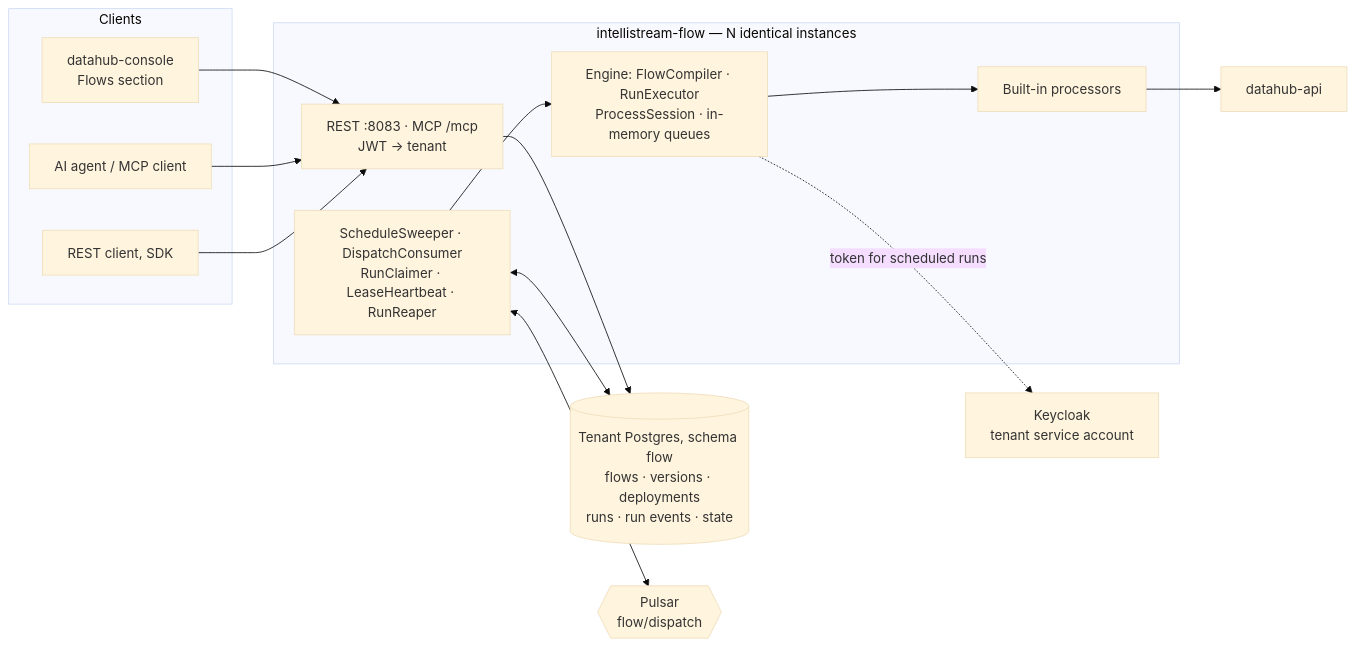
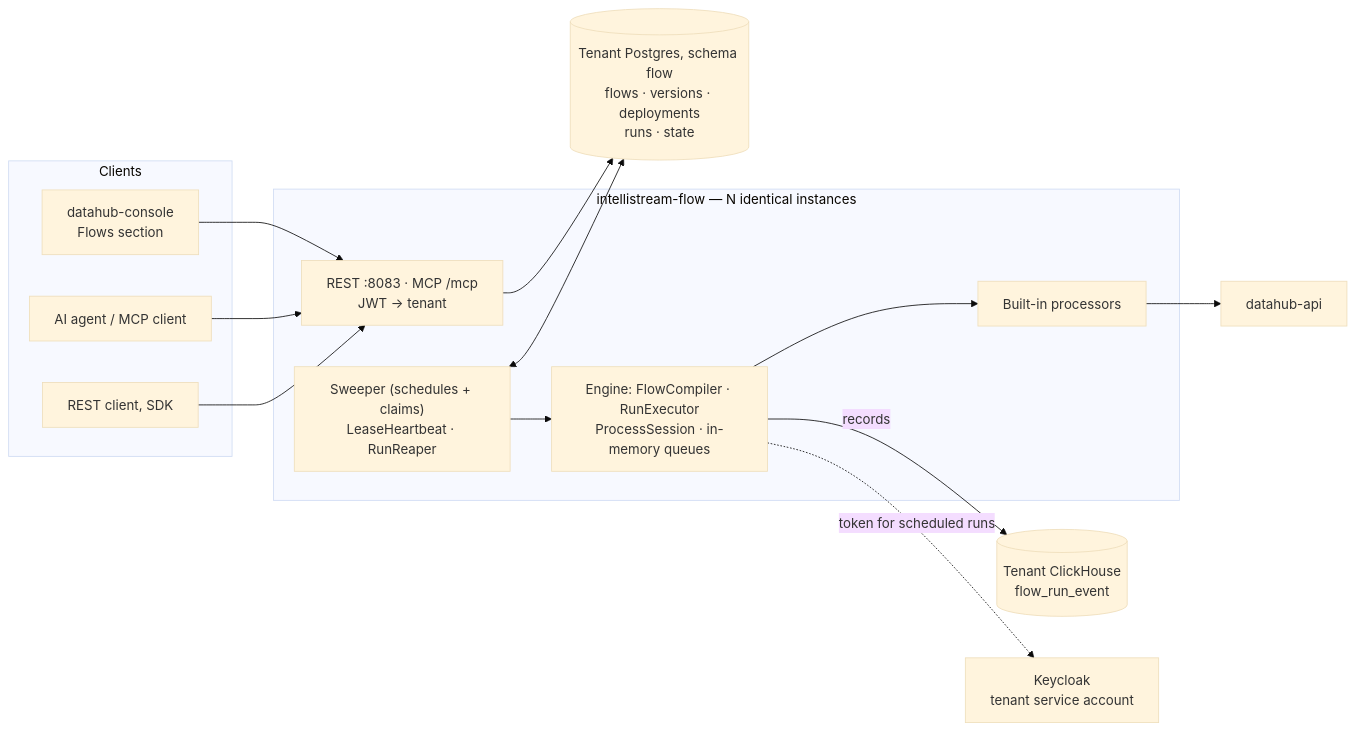
The diagram in INTELLISTREAM_FLOW_PLAN.md (IntelliStream-DataHub/datahub-platform), drawn with Mermaid (base theme) before and after one commit. The commit also changed other lines of this file, not shown here.

First line of the commit message:
docs(flow-plan): records in ClickHouse, dataset scoping, no Pulsar in v1

````diff
--- a/INTELLISTREAM_FLOW_PLAN.md
+++ b/INTELLISTREAM_FLOW_PLAN.md
@@ -137,27 +148,27 @@
 ```mermaid
 flowchart LR
   subgraph CLIENTS["Clients"]
     Console["datahub-console<br/>Flows section"]
     Agent["AI agent / MCP client"]
     Ext["REST client, SDK"]
   end
   subgraph FLOW["intellistream-flow — N identical instances"]
     API["REST :8083 · MCP /mcp<br/>JWT → tenant"]
-    DISP["ScheduleSweeper · DispatchConsumer<br/>RunClaimer · LeaseHeartbeat · RunReaper"]
+    DISP["Sweeper (schedules + claims)<br/>LeaseHeartbeat · RunReaper"]
     ENG["Engine: FlowCompiler · RunExecutor<br/>ProcessSession · in-memory queues"]
     PROC["Built-in processors"]
   end
-  PG[("Tenant Postgres, schema flow<br/>flows · versions · deployments<br/>runs · run events · state")]
-  PUL{{"Pulsar<br/>flow/dispatch"}}
+  PG[("Tenant Postgres, schema flow<br/>flows · versions · deployments<br/>runs · state")]
+  CH[("Tenant ClickHouse<br/>flow_run_event")]
   DH["datahub-api"]
   KC["Keycloak<br/>tenant service account"]
 
   Console --> API
   Agent --> API
   Ext --> API
   API --> PG
   DISP <--> PG
-  DISP <--> PUL
   DISP --> ENG --> PROC --> DH
+  ENG -- "records" --> CH
   ENG -. "token for scheduled runs" .-> KC
 ```
````
